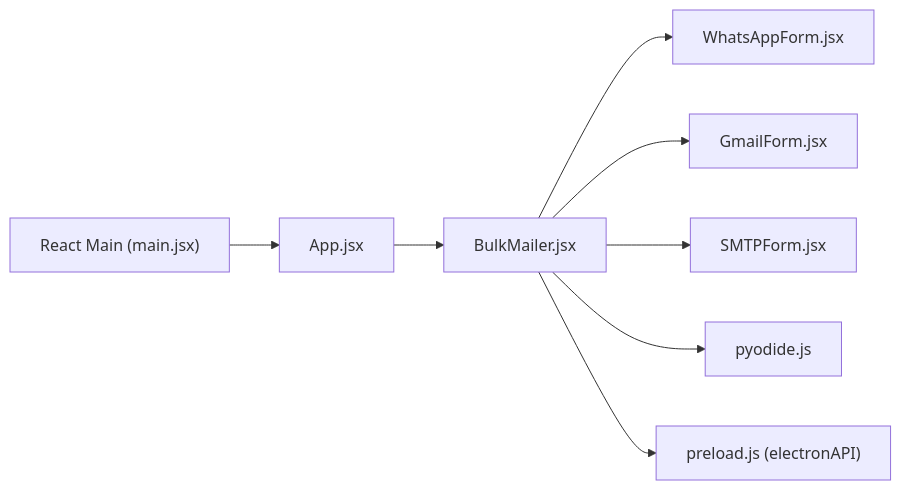
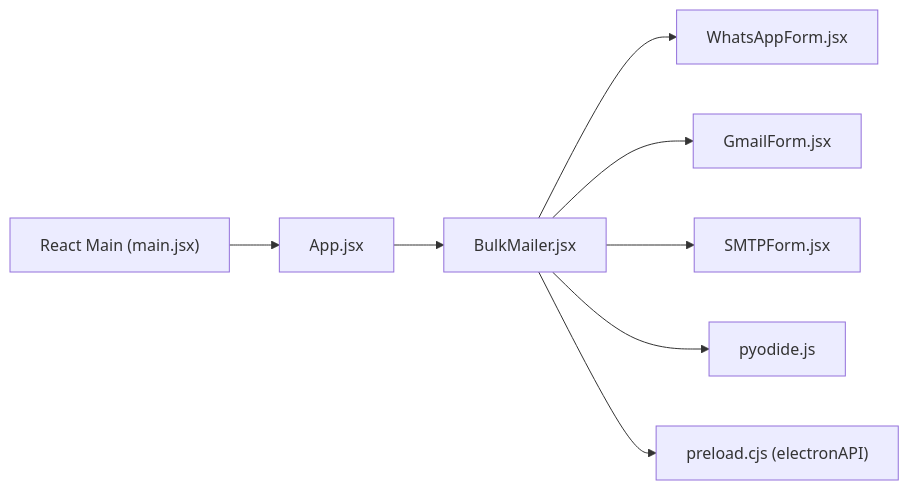
One commit to tashifkhan/tashif.codes changed the eighth of 13 diagrams in src/data/docs/bulk-messaging-system/Desktop Application Architecture/Desktop Application Architecture.md. Above: the diagram before and after it, drawn with Mermaid. The commit also changed other lines of this file and 2128 other files, not shown here.

First line of the commit message:
docs: replace raster diagram images with native Mermaid across project guides

````diff
--- a/src/data/docs/bulk-messaging-system/Desktop Application Architecture/Desktop Application Architecture.md
+++ b/src/data/docs/bulk-messaging-system/Desktop Application Architecture/Desktop Application Architecture.md
@@ -216,10 +224,10 @@
 ```mermaid
 graph LR
 RM["React Main (main.jsx)"] --> APP["App.jsx"]
 APP --> BM["BulkMailer.jsx"]
 BM --> WAF["WhatsAppForm.jsx"]
 BM --> GIF["GmailForm.jsx"]
 BM --> SIF["SMTPForm.jsx"]
 BM --> PY["pyodide.js"]
-BM --> PRE["preload.js (electronAPI)"]
+BM --> PRE["preload.cjs (electronAPI)"]
 ```
````
